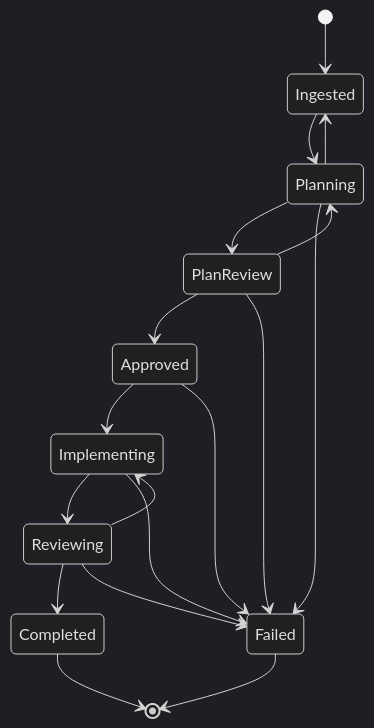
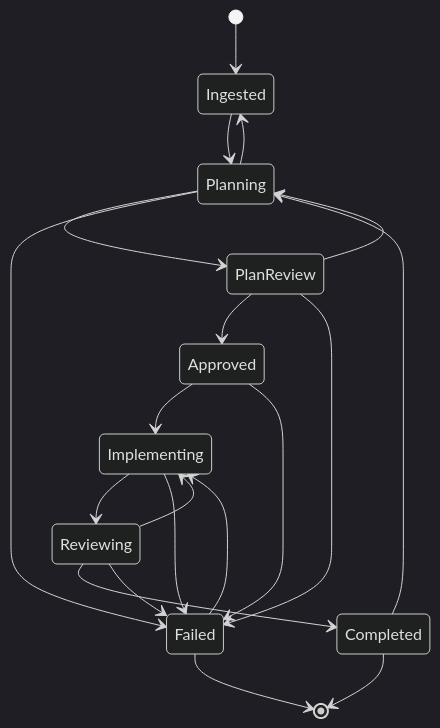
The first of 3 diagrams in docs/01-domain-model.md (beeemT/substrate), drawn with Mermaid (dark theme) before and after one commit. The commit also changed other lines of this file and 7 other files, not shown here.

````diff
--- a/docs/01-domain-model.md
+++ b/docs/01-domain-model.md
@@ -357,20 +359,22 @@
 ```mermaid
 stateDiagram-v2
     [*] --> Ingested
     Ingested --> Planning
     Planning --> Ingested
     Planning --> PlanReview
     Planning --> Failed
     PlanReview --> Approved
     PlanReview --> Planning
     PlanReview --> Failed
     Approved --> Implementing
     Approved --> Failed
     Implementing --> Reviewing
     Implementing --> Failed
     Reviewing --> Completed
     Reviewing --> Implementing
     Reviewing --> Failed
+    Completed --> Planning
     Completed --> [*]
+    Failed --> Implementing
     Failed --> [*]
 ```
````
